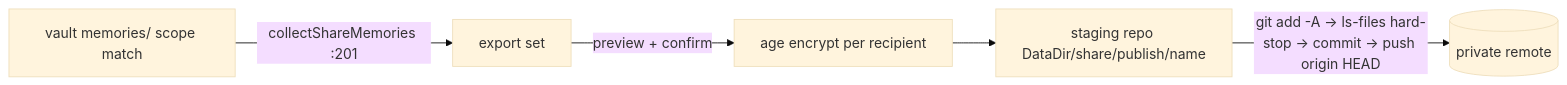
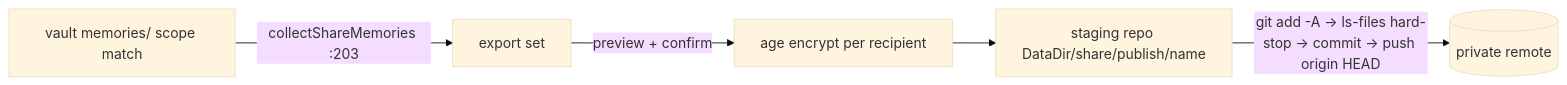
One commit to pyranthus-hq/mora changed the first of 2 diagrams in docs/architecture/13-sharing.md. Above: the diagram before and after it, drawn with Mermaid (base theme). The commit also changed other lines of this file and 1 other file, not shown here.

Commit message:
docs(share): refresh architecture citations for hardening pass (allowlist, self-heal, shared read path)

````diff
--- a/docs/architecture/13-sharing.md
+++ b/docs/architecture/13-sharing.md
@@ -17,7 +17,7 @@
 ```mermaid
 flowchart LR
-    V[vault memories/ scope match] -->|collectShareMemories :201| X[export set]
+    V[vault memories/ scope match] -->|collectShareMemories :203| X[export set]
     X -->|preview + confirm| E[age encrypt per recipient]
     E --> S[staging repo DataDir/share/publish/name]
     S -->|git add -A → ls-files hard-stop → commit → push origin HEAD| R[(private remote)]
 ```
````
